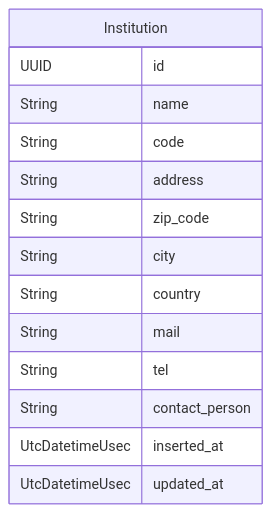
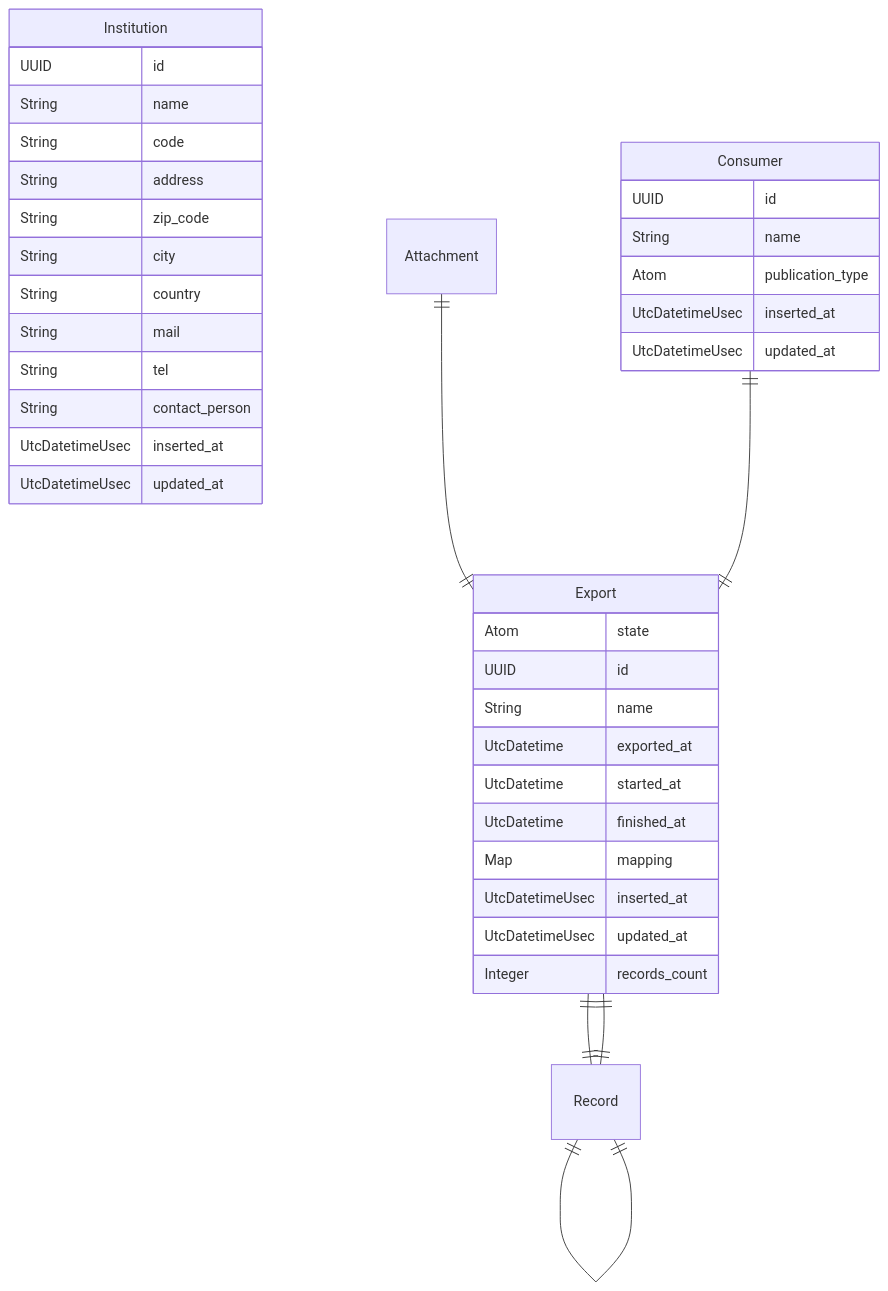
One commit to zebbra/data_aggregator changed the second of 8 diagrams in docs/api.md. Above: the diagram before and after it, drawn with Mermaid. The commit also changed other lines of this file and 7 other files, not shown here.

````diff
--- a/docs/api.md
+++ b/docs/api.md
@@ -31,17 +85,45 @@
 ```mermaid
 erDiagram
     Institution {
         UUID id
         String name
         String code
         String address
         String zip_code
         String city
         String country
         String mail
         String tel
         String contact_person
         UtcDatetimeUsec inserted_at
         UtcDatetimeUsec updated_at
     }
+    Consumer {
+        UUID id
+        String name
+        Atom publication_type
+        UtcDatetimeUsec inserted_at
+        UtcDatetimeUsec updated_at
+    }
+    Export {
+        Atom state
+        UUID id
+        String name
+        UtcDatetime exported_at
+        UtcDatetime started_at
+        UtcDatetime finished_at
+        Map mapping
+        UtcDatetimeUsec inserted_at
+        UtcDatetimeUsec updated_at
+        Integer records_count
+    }
+    Record {
+
+    }
+
+    Attachment ||--|| Export : ""
+    Consumer ||--|| Export : ""
+    Export ||--|| Record : ""
+    Export ||--|| Record : ""
+    Record ||--|| Record : ""
 ```
````
